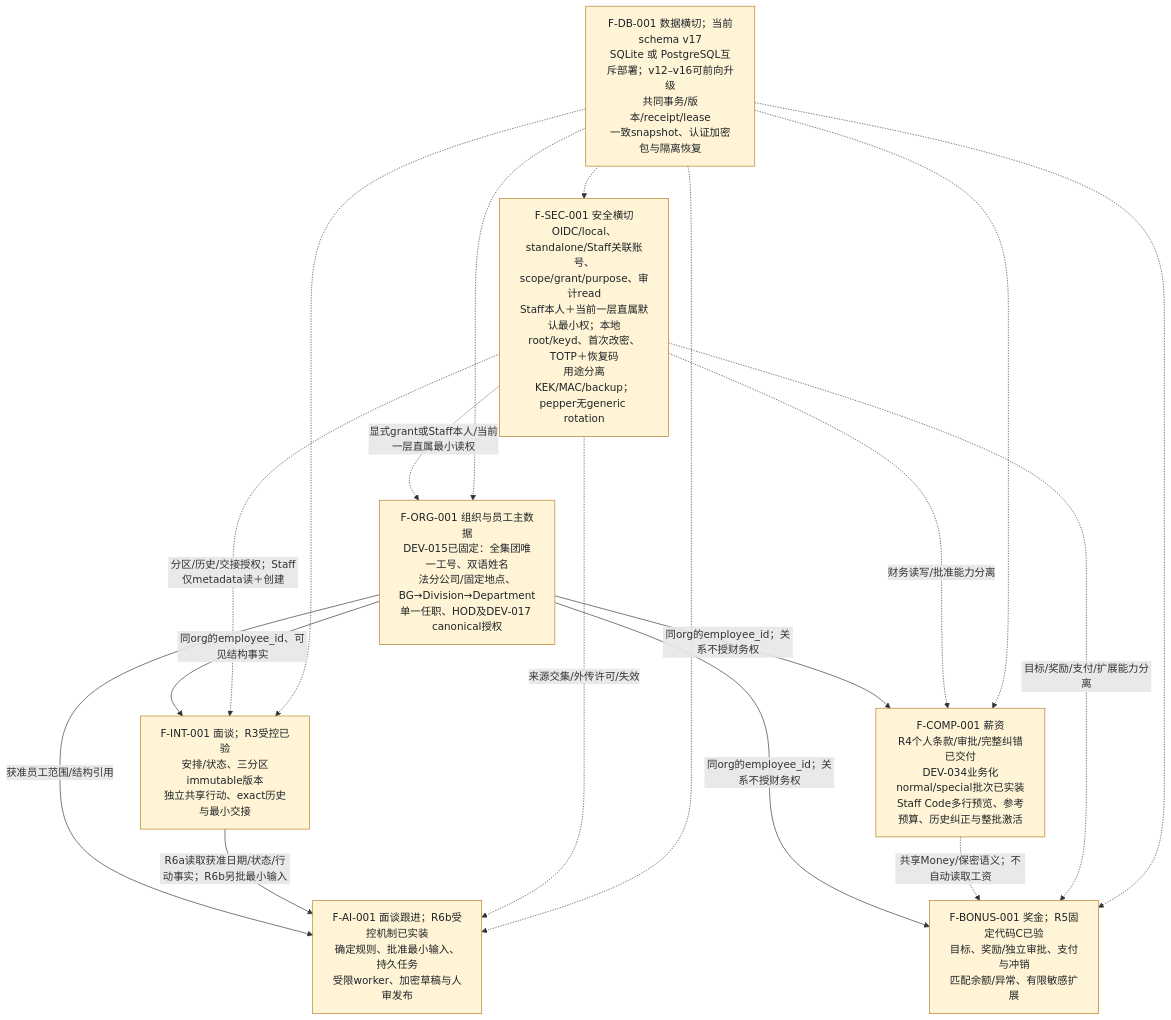
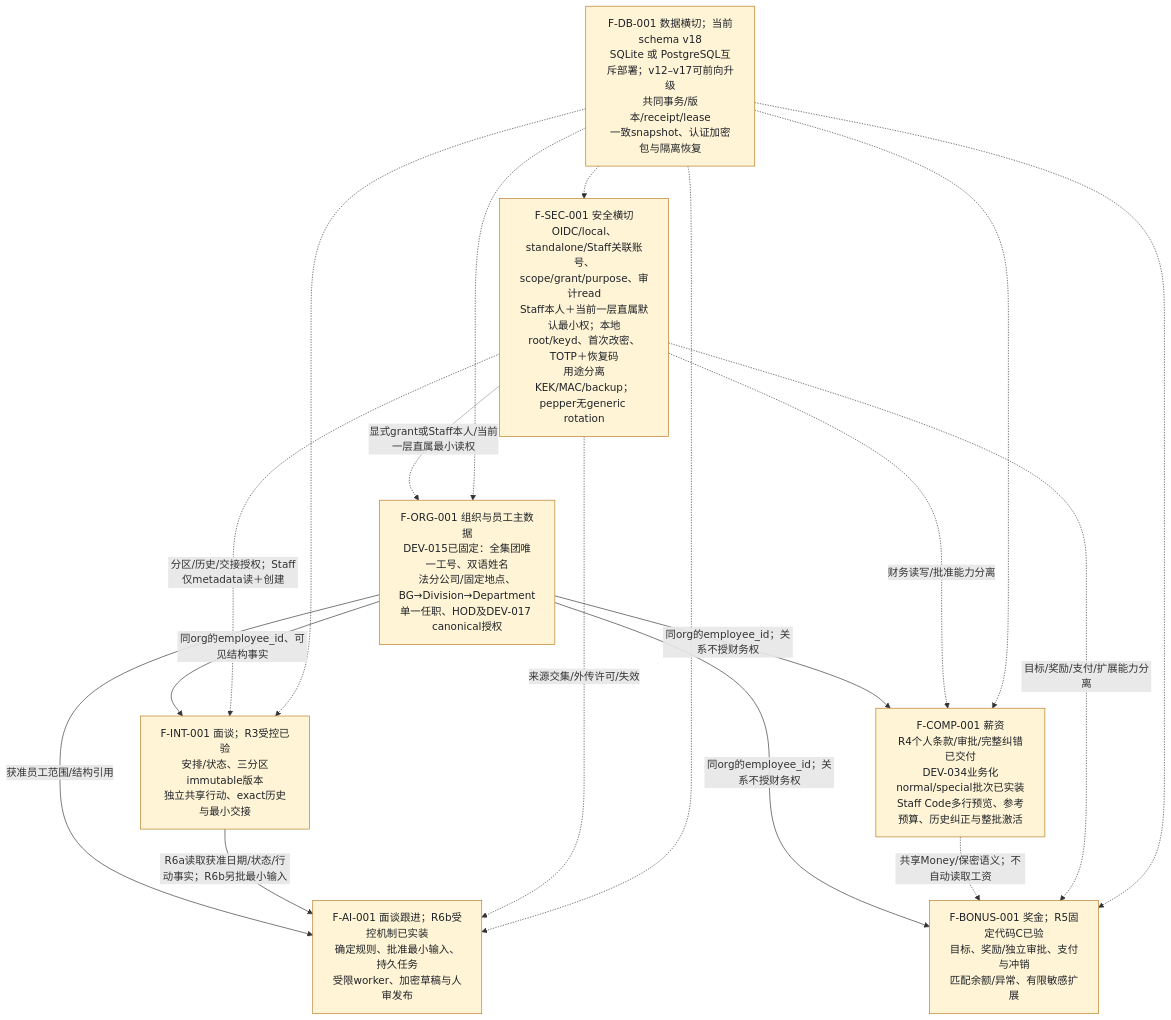
The first of 13 diagrams in docs/FUNCTIONAL_SPEC.md (r404r/team-ledger-pub), drawn with Mermaid before and after one commit. The commit also changed other lines of this file and 30 other files, not shown here.

````diff
--- a/docs/FUNCTIONAL_SPEC.md
+++ b/docs/FUNCTIONAL_SPEC.md
@@ -16,30 +16,30 @@
 ```mermaid
 flowchart TB
     org["F-ORG-001 组织与员工主数据<br/>DEV-015已固定：全集团唯一工号、双语姓名<br/>法分公司/固定地点、BG→Division→Department<br/>单一任职、HOD及DEV-017 canonical授权"]
     interview["F-INT-001 面谈；R3受控已验<br/>安排/状态、三分区immutable版本<br/>独立共享行动、exact历史与最小交接"]
     comp["F-COMP-001 薪资<br/>R4个人条款/审批/完整纠错已交付<br/>DEV-034业务化normal/special批次已实装<br/>Staff Code多行预览、参考预算、历史纠正与整批激活"]
     bonus["F-BONUS-001 奖金；R5固定代码C已验<br/>目标、奖励/独立审批、支付与冲销<br/>匹配余额/异常、有限敏感扩展"]
     ai["F-AI-001 面谈跟进；R6b受控机制已实装<br/>确定规则、批准最小输入、持久任务<br/>受限worker、加密草稿与人审发布"]
     sec["F-SEC-001 安全横切<br/>OIDC/local、standalone/Staff关联账号、scope/grant/purpose、审计read<br/>Staff本人＋当前一层直属默认最小权；本地root/keyd、首次改密、TOTP＋恢复码<br/>用途分离KEK/MAC/backup；pepper无generic rotation"]
-    db["F-DB-001 数据横切；当前schema v17<br/>SQLite 或 PostgreSQL互斥部署；v12–v16可前向升级<br/>共同事务/版本/receipt/lease<br/>一致snapshot、认证加密包与隔离恢复"]
+    db["F-DB-001 数据横切；当前schema v18<br/>SQLite 或 PostgreSQL互斥部署；v12–v17可前向升级<br/>共同事务/版本/receipt/lease<br/>一致snapshot、认证加密包与隔离恢复"]
     org -->|"同org的employee_id、可见结构事实"| interview
     org -->|"同org的employee_id；关系不授财务权"| comp
     org -->|"同org的employee_id；关系不授财务权"| bonus
     org -->|"获准员工范围/结构引用"| ai
     interview -->|"R6a读取获准日期/状态/行动事实；R6b另批最小输入"| ai
     comp -.->|"共享Money/保密语义；不自动读取工资"| bonus
     sec -.->|"显式grant或Staff本人/当前一层直属最小读权"| org
     sec -.->|"分区/历史/交接授权；Staff仅metadata读＋创建"| interview
     sec -.->|"财务读写/批准能力分离"| comp
     sec -.->|"目标/奖励/支付/扩展能力分离"| bonus
     sec -.->|"来源交集/外传许可/失效"| ai
     db -.-> org
     db -.-> interview
     db -.-> comp
     db -.-> bonus
     db -.-> ai
     db -.-> sec
     classDef partial fill:#fff4d6,stroke:#b7791f,color:#1f2328;
     classDef planned fill:#eef2ff,stroke:#64748b,color:#1f2328;
     class org,interview,comp,bonus,ai,sec,db partial;
 ```
````
